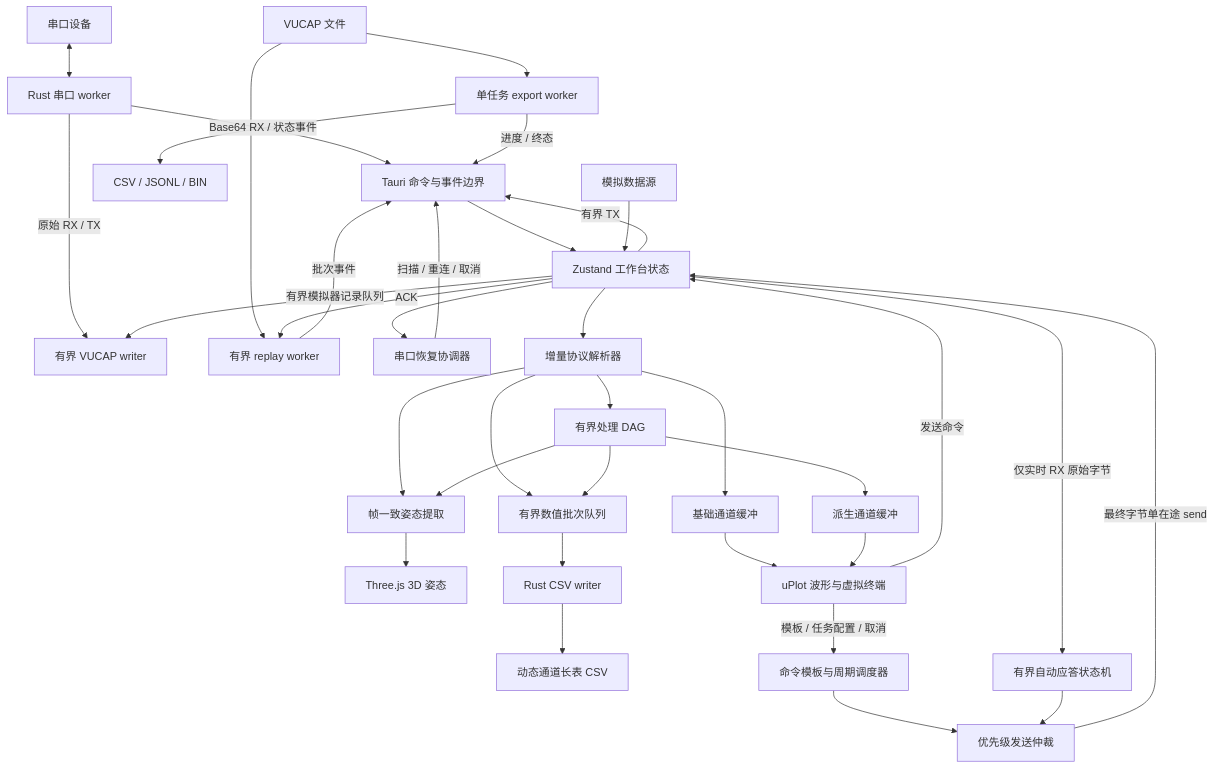
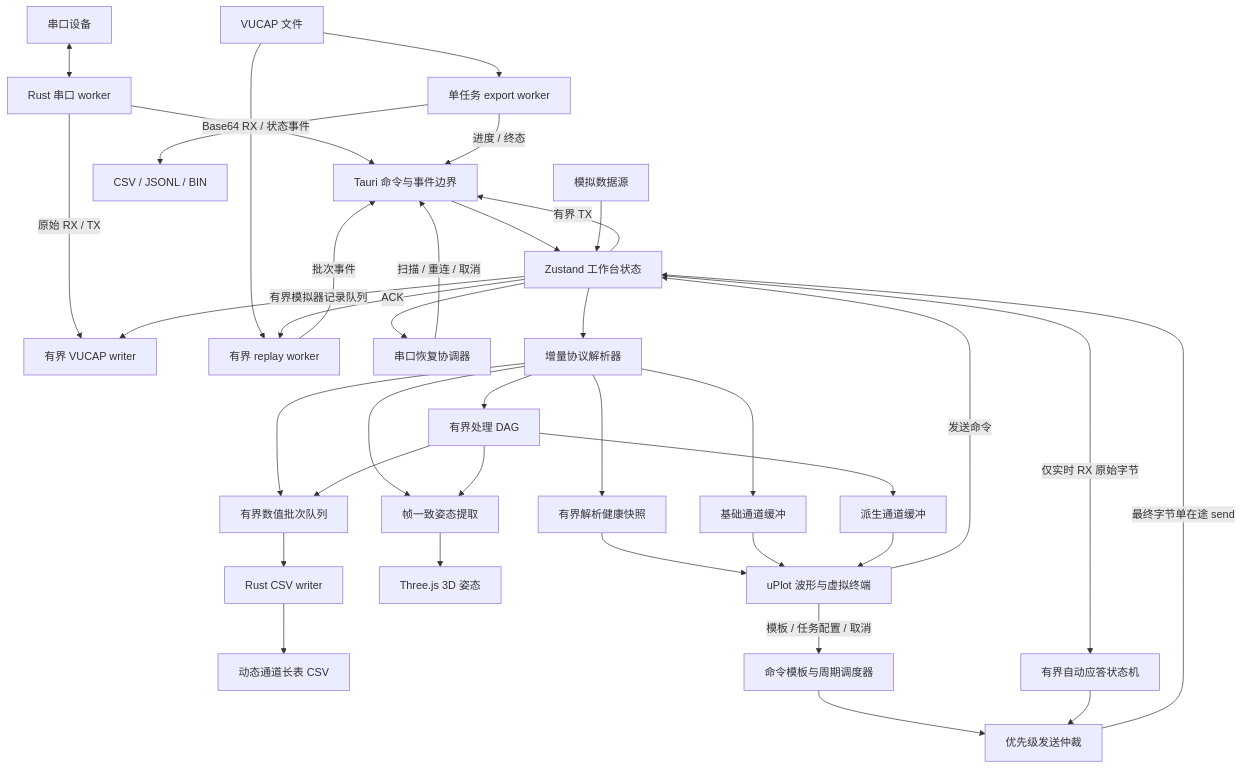
The first of 2 diagrams in docs/architecture.md (woai66/Vofa-Ultra), drawn with Mermaid before and after one commit. The commit also changed other lines of this file and 16 other files, not shown here.

````diff
--- a/docs/architecture.md
+++ b/docs/architecture.md
@@ -9,37 +9,39 @@
 ```mermaid
 flowchart TB
     Device[串口设备] <--> Worker[Rust 串口 worker]
     Worker -->|Base64 RX / 状态事件| Bridge[Tauri 命令与事件边界]
     Worker -->|原始 RX / TX| Recorder[有界 VUCAP writer]
     CaptureFile[VUCAP 文件] --> Replayer[有界 replay worker]
     CaptureFile --> Exporter[单任务 export worker]
     Exporter --> ExportFile[CSV / JSONL / BIN]
     Exporter -->|进度 / 终态| Bridge
     Replayer -->|批次事件| Bridge
     Store -->|ACK| Replayer
     Bridge --> Store[Zustand 工作台状态]
     Store --> Recovery[串口恢复协调器]
     Recovery -->|扫描 / 重连 / 取消| Bridge
     Store --> Parsers[增量协议解析器]
+    Parsers --> Health[有界解析健康快照]
+    Health --> Views
     Parsers --> RawBuffers[基础通道缓冲]
     Parsers --> Processing[有界处理 DAG]
     Processing --> DerivedBuffers[派生通道缓冲]
     Parsers --> Attitude[帧一致姿态提取]
     Processing --> Attitude
     Attitude --> AttitudeView[Three.js 3D 姿态]
     Parsers --> NumericQueue[有界数值批次队列]
     Processing --> NumericQueue
     NumericQueue --> NumericWriter[Rust CSV writer]
     NumericWriter --> NumericFile[动态通道长表 CSV]
     RawBuffers --> Views[uPlot 波形与虚拟终端]
     DerivedBuffers --> Views
     Views -->|模板 / 任务配置 / 取消| Commands[命令模板与周期调度器]
     Store -->|仅实时 RX 原始字节| AutoResponder[有界自动应答状态机]
     Commands --> Arbiter[优先级发送仲裁]
     AutoResponder --> Arbiter
     Arbiter -->|最终字节单在途 send| Store
     Simulator[模拟数据源] --> Store
     Store -->|有界模拟器记录队列| Recorder
     Views -->|发送命令| Store
     Store -->|有界 TX| Bridge
 ```
````
